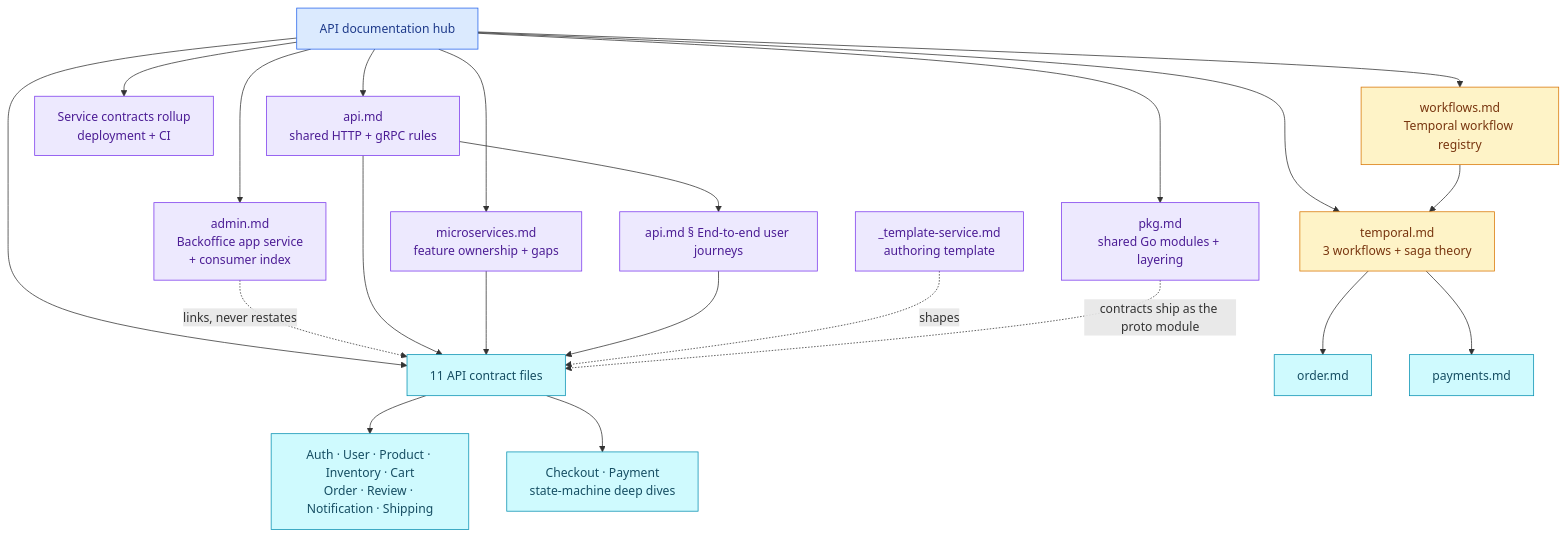
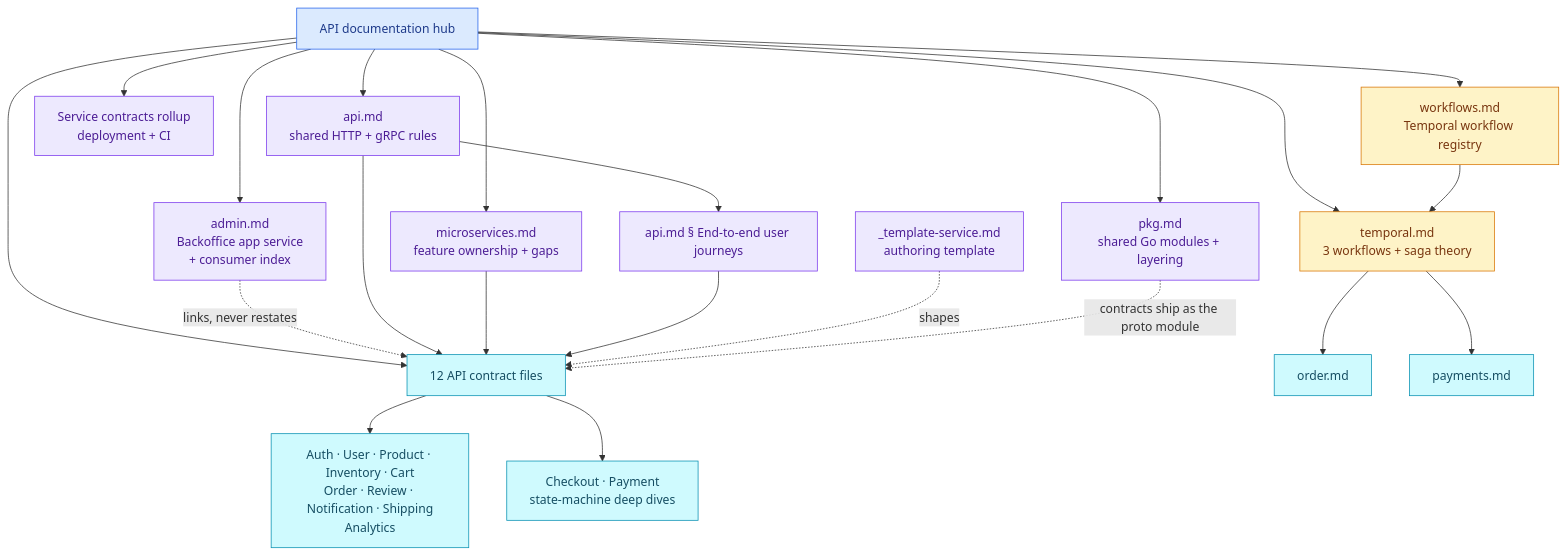
The diagram in docs/api/README.md (duynhlab/homelab), drawn with Mermaid before and after one commit. The commit also changed other lines of this file and 35 other files, not shown here.

````diff
--- a/docs/api/README.md
+++ b/docs/api/README.md
@@ -16,32 +16,32 @@
 ```mermaid
 flowchart TD
     Hub["API documentation hub"] --> Shared["api.md<br/>shared HTTP + gRPC rules"]
     Hub --> Rollup["Service contracts rollup<br/>deployment + CI"]
     Hub --> Catalog["microservices.md<br/>feature ownership + gaps"]
-    Hub --> Contracts["11 API contract files"]
+    Hub --> Contracts["12 API contract files"]
     Hub --> Workflows["workflows.md<br/>Temporal workflow registry"]
     Hub --> Saga["temporal.md<br/>3 workflows + saga theory"]
     Hub --> Pkg["pkg.md<br/>shared Go modules + layering"]
     Hub --> Consumer["admin.md<br/>Backoffice app service<br/>+ consumer index"]
     Shared --> Journeys["api.md § End-to-end user journeys"]
-    Contracts --> Basic["Auth · User · Product · Inventory · Cart<br/>Order · Review · Notification · Shipping"]
+    Contracts --> Basic["Auth · User · Product · Inventory · Cart<br/>Order · Review · Notification · Shipping<br/>Analytics"]
     Contracts --> Deep["Checkout · Payment<br/>state-machine deep dives"]
     Consumer -.->|"links, never restates"| Contracts
     Shared --> Contracts
     Catalog --> Contracts
     Journeys --> Contracts
     Workflows --> Saga
     Template["_template-service.md<br/>authoring template"] -.->|"shapes"| Contracts
     Saga --> Order["order.md"]
     Saga --> Payment["payments.md"]
     Pkg -.->|"contracts ship as the proto module"| Contracts
 
     classDef hub fill:#dbeafe,color:#1e3a8a,stroke:#2563eb;
     classDef guide fill:#ede9fe,color:#4c1d95,stroke:#7c3aed;
     classDef contract fill:#cffafe,color:#164e63,stroke:#0891b2;
     classDef workflow fill:#fef3c7,color:#78350f,stroke:#d97706;
     class Hub hub;
     class Shared,Catalog,Rollup,Journeys,Template,Pkg,Consumer guide;
     class Contracts,Basic,Deep,Order,Payment contract;
     class Saga,Workflows workflow;
 ```
````
